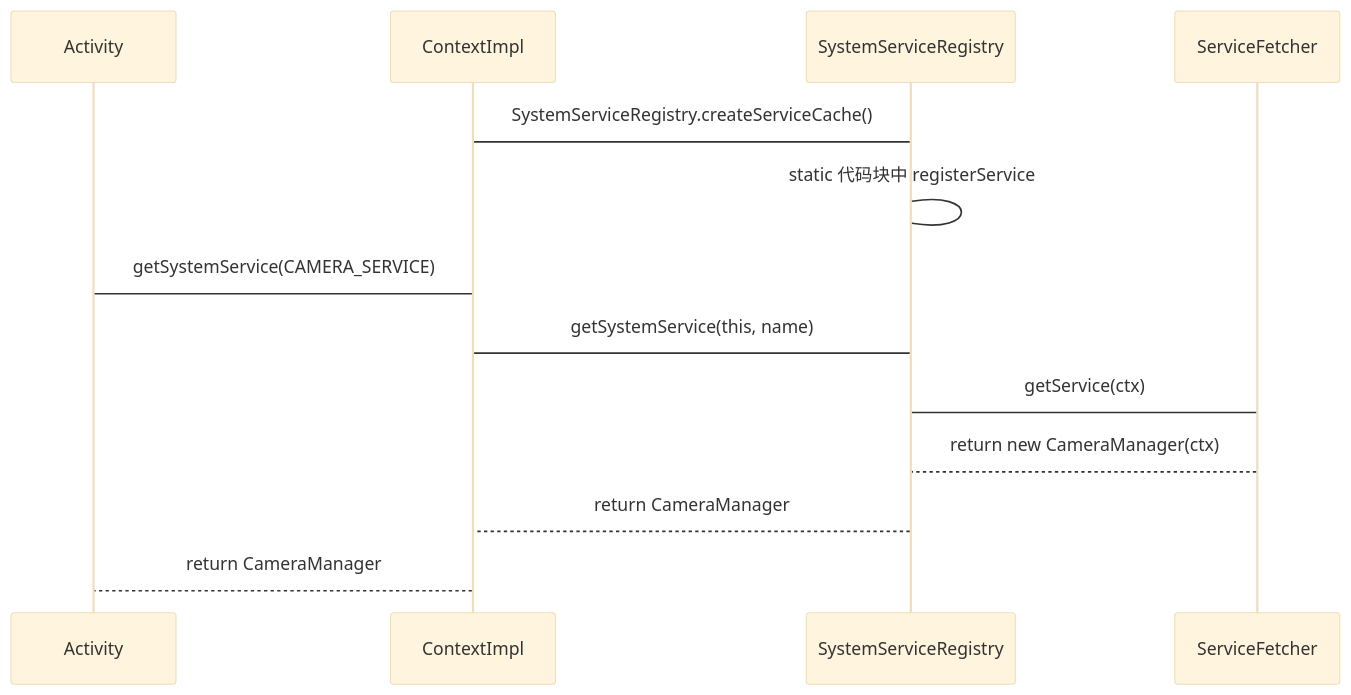
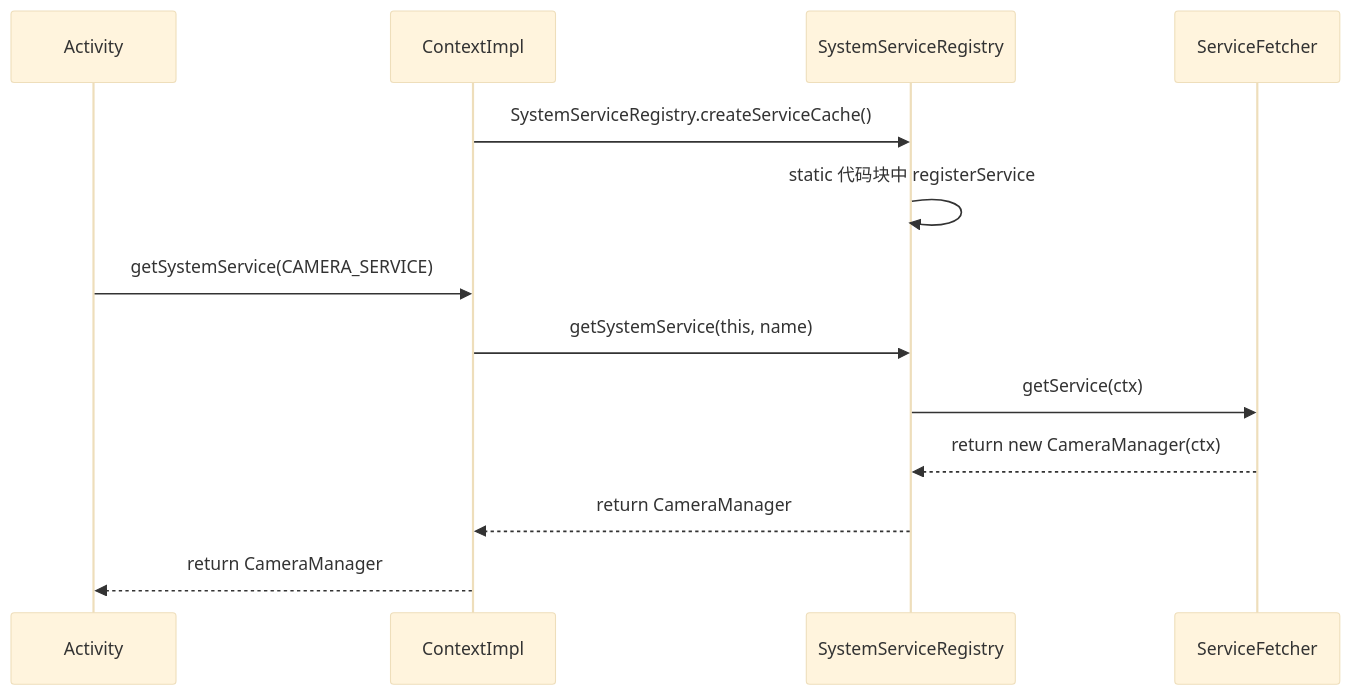
Before and after one commit to anlc/CCamera: the first of 2 diagrams in doc/camera.md, drawn with Mermaid (base theme). The commit also changed other lines of this file, not shown here.

Commit message:
update camera md

````diff
--- a/doc/camera.md
+++ b/doc/camera.md
@@ -19,14 +19,14 @@
 ```mermaid
  sequenceDiagram
   	participant Activity
     
-    ContextImpl -> SystemServiceRegistry: SystemServiceRegistry.createServiceCache()
-    SystemServiceRegistry -> SystemServiceRegistry: static 代码块中 registerService 
+    ContextImpl ->> SystemServiceRegistry: SystemServiceRegistry.createServiceCache()
+    SystemServiceRegistry ->> SystemServiceRegistry: static 代码块中 registerService 
     
-    Activity -> ContextImpl: getSystemService(CAMERA_SERVICE)
-    ContextImpl -> SystemServiceRegistry: getSystemService(this, name)
-    SystemServiceRegistry -> ServiceFetcher: getService(ctx)
-    ServiceFetcher --> SystemServiceRegistry: return new CameraManager(ctx)
-    SystemServiceRegistry --> ContextImpl: return CameraManager
-    ContextImpl --> Activity: return CameraManager
+    Activity ->> ContextImpl: getSystemService(CAMERA_SERVICE)
+    ContextImpl ->> SystemServiceRegistry: getSystemService(this, name)
+    SystemServiceRegistry ->> ServiceFetcher: getService(ctx)
+    ServiceFetcher -->> SystemServiceRegistry: return new CameraManager(ctx)
+    SystemServiceRegistry -->> ContextImpl: return CameraManager
+    ContextImpl -->> Activity: return CameraManager
 ```
````
